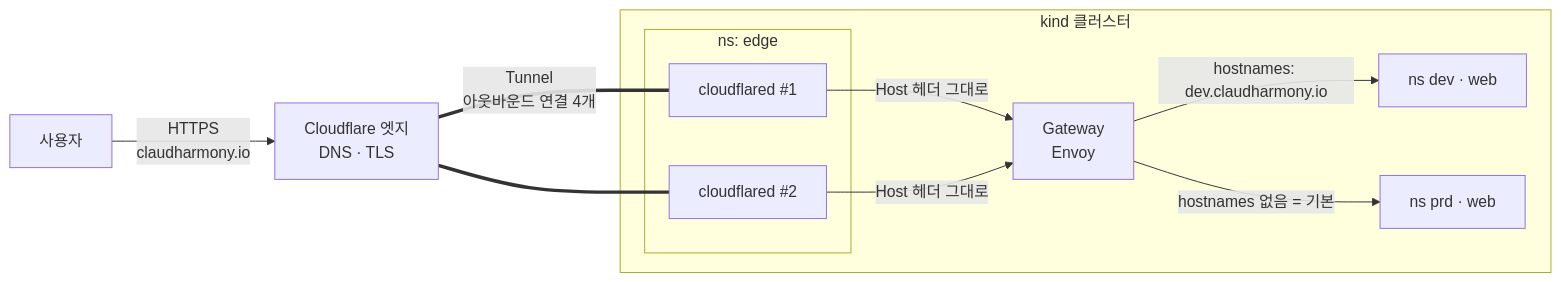
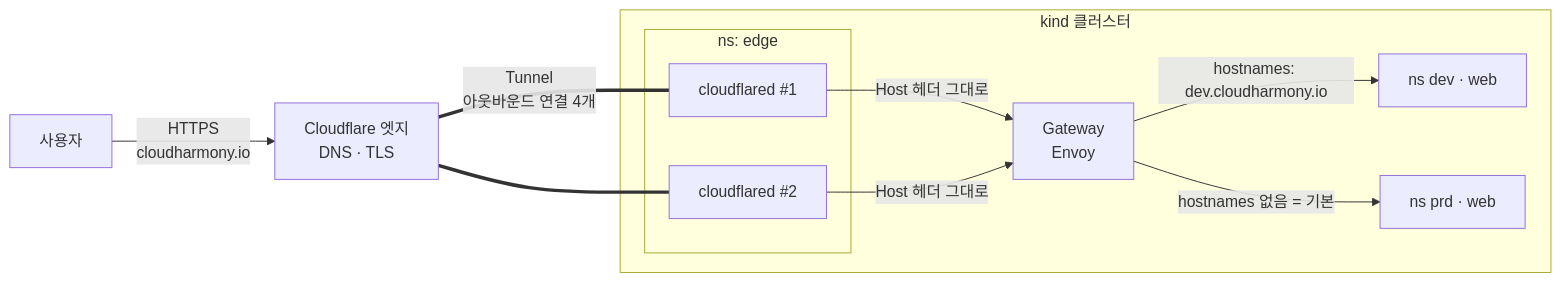
Before and after one commit to ParkSeWoo/claudharmony-infra: the first of 2 diagrams in docs/08-domain.md, drawn with Mermaid. The commit also changed other lines of this file and 10 other files, not shown here.

Commit message:
docs: domain step 3 (301) + public hostnames → cloudharmony.io

````diff
--- a/docs/08-domain.md
+++ b/docs/08-domain.md
@@ -22,15 +22,15 @@
 ```mermaid
 flowchart LR
-    U[사용자] -->|HTTPS<br/>claudharmony.io| CF[Cloudflare 엣지<br/>DNS · TLS]
+    U[사용자] -->|HTTPS<br/>cloudharmony.io| CF[Cloudflare 엣지<br/>DNS · TLS]
     CF ===|Tunnel<br/>아웃바운드 연결 4개| C1
     CF === C2
     subgraph K8S[kind 클러스터]
       subgraph EDGE[ns: edge]
         C1[cloudflared #1]
         C2[cloudflared #2]
       end
       C1 & C2 -->|Host 헤더 그대로| GW[Gateway<br/>Envoy]
-      GW -->|hostnames: dev.claudharmony.io| DEV[ns dev · web]
+      GW -->|hostnames: dev.cloudharmony.io| DEV[ns dev · web]
       GW -->|hostnames 없음 = 기본| PRD[ns prd · web]
     end
 ```
````
